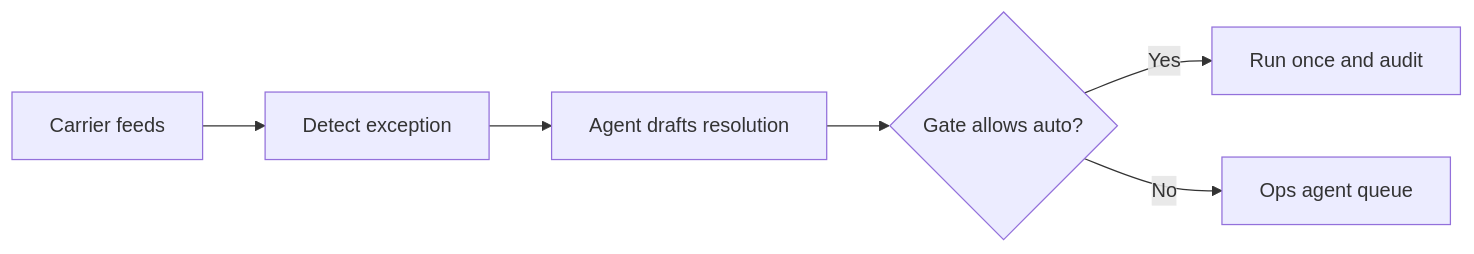
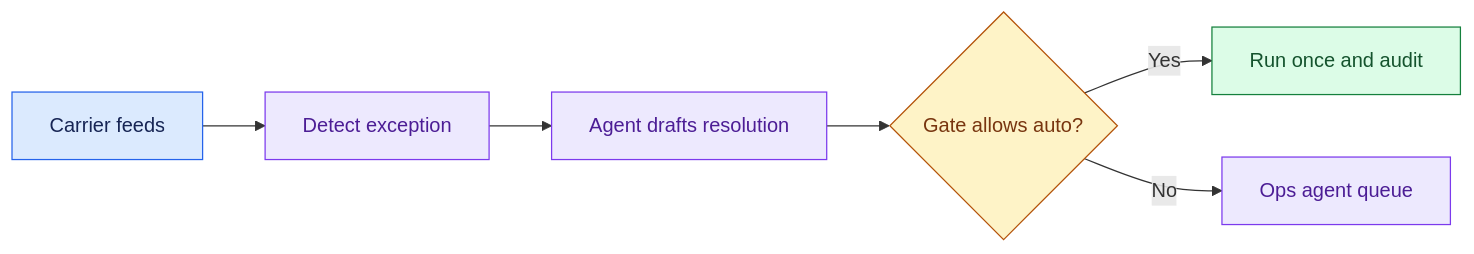
Before and after one commit to Sourav692/Forward-Deployed-Engineer-Interview-Prep: the diagram in site/case-pages/logistics-exception-handling/introduction.md, drawn with Mermaid. The commit also changed other lines of this file and 1268 other files, not shown here.

First line of the commit message:
content: polish Casebook writing and Mermaid diagrams (#251)

````diff
--- a/site/case-pages/logistics-exception-handling/introduction.md
+++ b/site/case-pages/logistics-exception-handling/introduction.md
@@ -15,8 +22,18 @@
 ```mermaid
 flowchart LR
   A[Carrier feeds] --> B[Detect exception]
   B --> C[Agent drafts resolution]
   C --> D{Gate allows auto?}
   D -->|Yes| E[Run once and audit]
   D -->|No| F[Ops agent queue]
+
+    %% Casebook colours: entry, reasoning, results, controls, and stopped paths.
+    classDef cbInput fill:#dbeafe,stroke:#2563eb,color:#172554
+    class A cbInput
+    classDef cbReason fill:#ede9fe,stroke:#7c3aed,color:#4c1d95
+    class B,C,F cbReason
+    classDef cbPolicy fill:#fef3c7,stroke:#b45309,color:#78350f
+    class D cbPolicy
+    classDef cbAction fill:#dcfce7,stroke:#15803d,color:#14532d
+    class E cbAction
 ```
````
